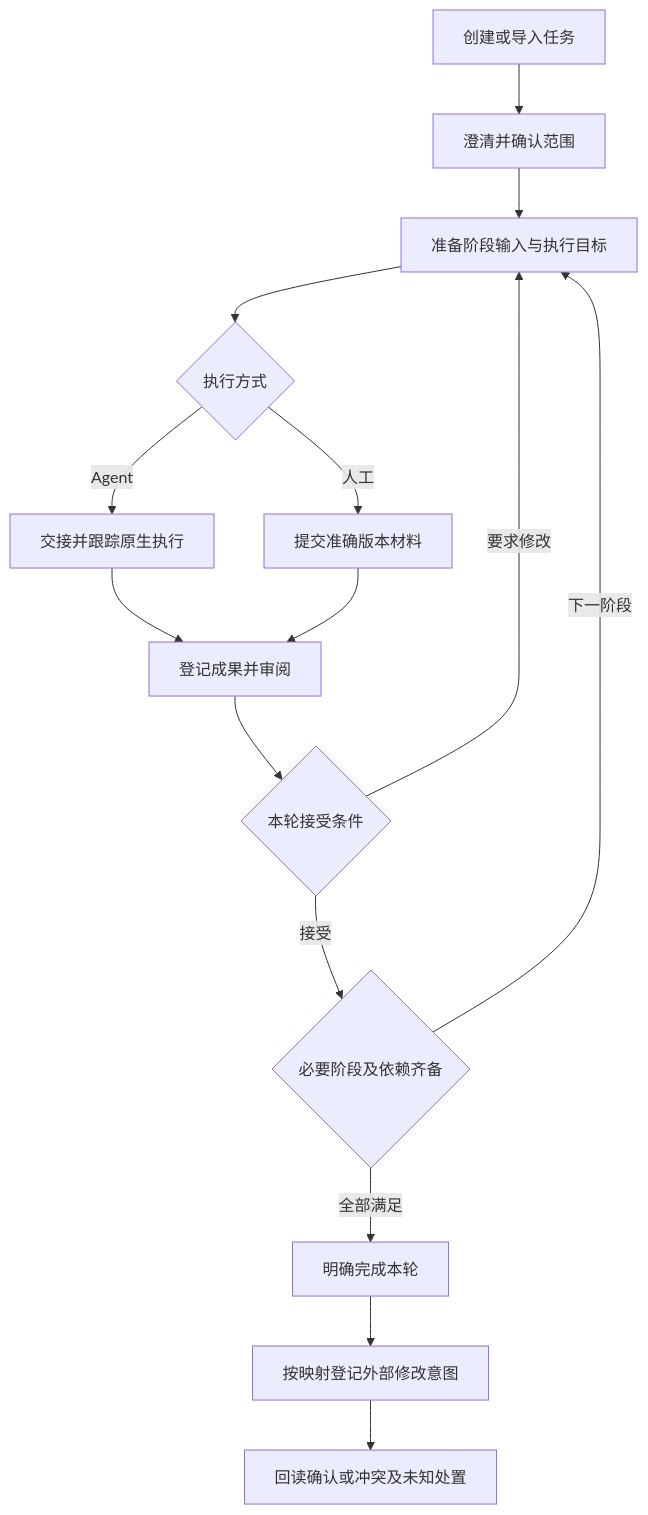
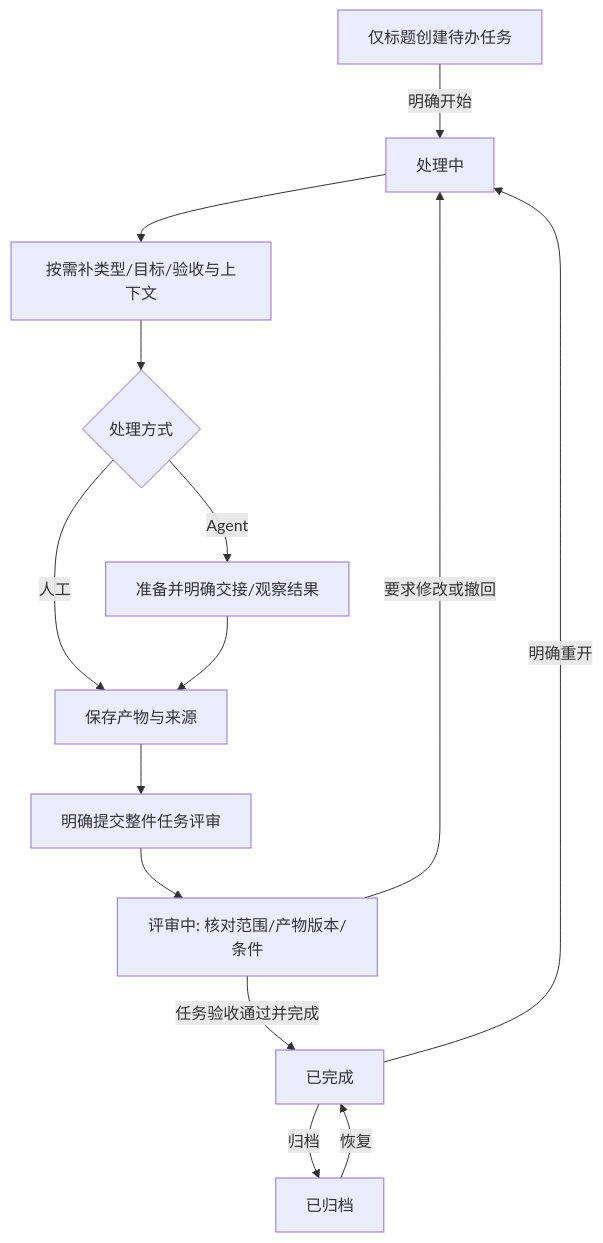
The diagram in docs/product/operation-flows.md (Zack-Zz/reed), drawn with Mermaid before and after one commit. The commit also changed other lines of this file and 156 other files, not shown here.

````diff
--- a/docs/product/operation-flows.md
+++ b/docs/product/operation-flows.md
@@ -75,17 +80,16 @@
 ```mermaid
 flowchart TD
-    A[创建或导入任务] --> B[澄清并确认范围]
-    B --> C[准备阶段输入与执行目标]
-    C --> D{执行方式}
-    D -->|Agent| E[交接并跟踪原生执行]
-    D -->|人工| F[提交准确版本材料]
-    E --> G[登记成果并审阅]
-    F --> G
-    G --> H{本轮接受条件}
-    H -->|要求修改| C
-    H -->|接受| I{必要阶段及依赖齐备}
-    I -->|下一阶段| C
-    I -->|全部满足| J[明确完成本轮]
-    J --> K[按映射登记外部修改意图]
-    K --> L[回读确认或冲突及未知处置]
+    A[仅标题创建待办任务] -->|明确开始| B[处理中]
+    B --> C[按需补类型/目标/验收与上下文]
+    C --> D{处理方式}
+    D -->|人工| E[保存产物与来源]
+    D -->|Agent| F[准备并明确交接/观察结果]
+    F --> E
+    E --> G[明确提交整件任务评审]
+    G --> H[评审中: 核对范围/产物版本/条件]
+    H -->|要求修改或撤回| B
+    H -->|任务验收通过并完成| I[已完成]
+    I -->|归档| J[已归档]
+    J -->|恢复| I
+    I -->|明确重开| B
 ```
````
